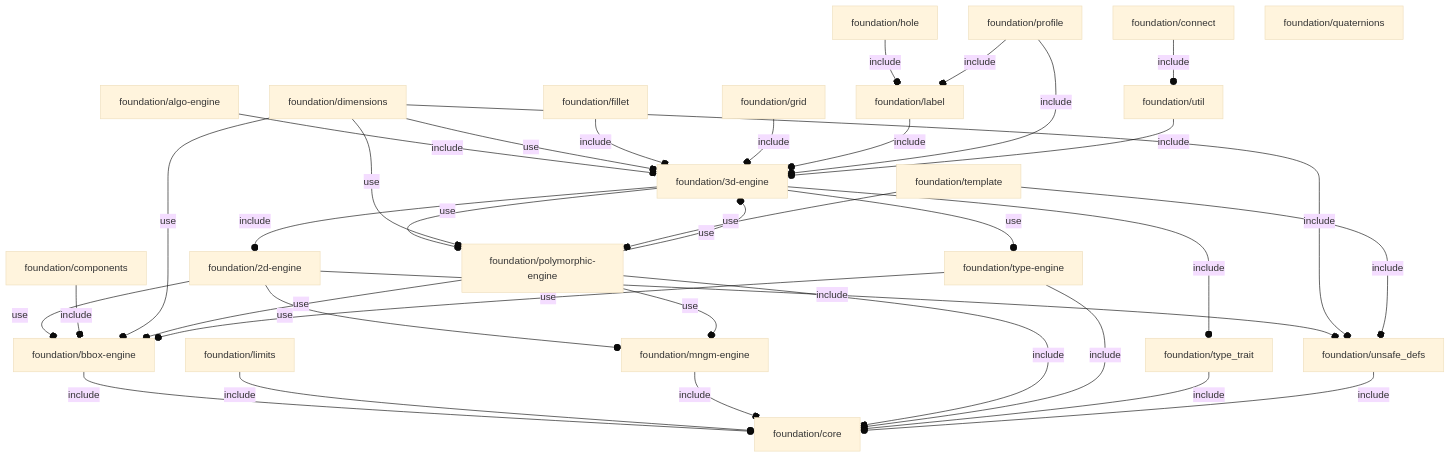
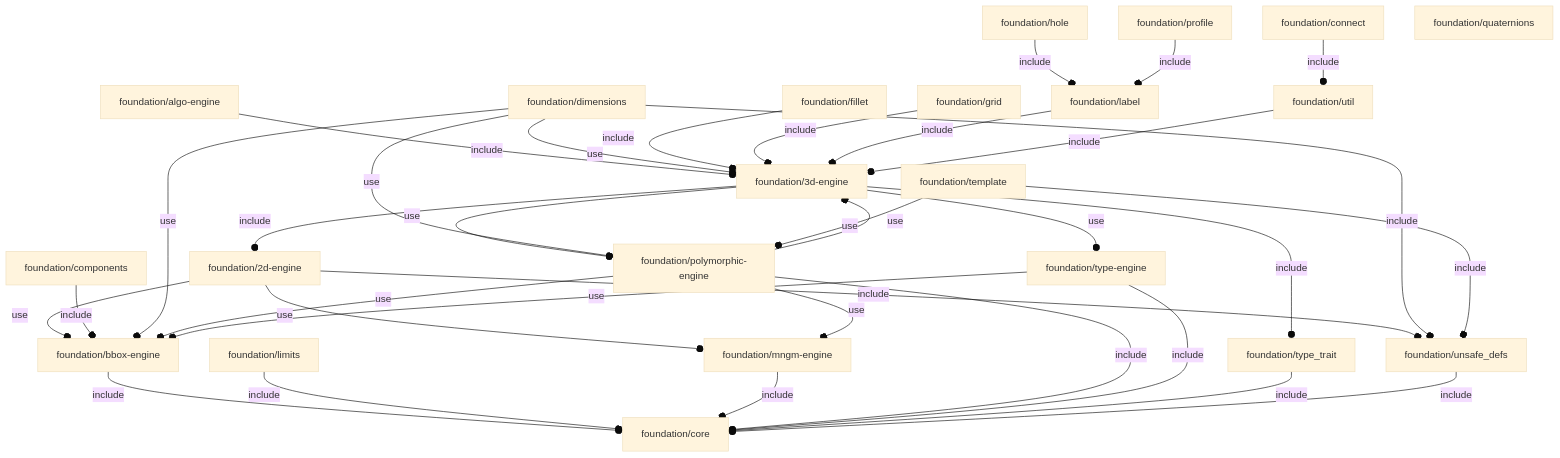
The diagram in orthodocs/foundation/deps.md (ggabbiani/OFL), drawn with Mermaid (base theme) before and after one commit. The commit also changed 8 other files, not shown here.

````diff
--- a/orthodocs/foundation/deps.md
+++ b/orthodocs/foundation/deps.md
@@ -3,39 +3,38 @@
 ```mermaid
 graph TD
     A1[foundation/2d-engine] --o|include| A2[foundation/unsafe_defs]
     A1 --o|use| A3[foundation/bbox-engine]
     A1 --o|use| A4[foundation/mngm-engine]
     A5[foundation/3d-engine] --o|include| A1
     A5 --o|include| A6[foundation/type_trait]
     A5 --o|use| A7[foundation/polymorphic-engine]
     A5 --o|use| A8[foundation/type-engine]
     A9[foundation/algo-engine] --o|include| A5
     A3 --o|include| A10[foundation/core]
     A11[foundation/components] --o|include| A3
     A12[foundation/connect] --o|include| A13[foundation/util]
     A10
     A14[foundation/dimensions] --o|include| A2
     A14 --o|use| A5
     A14 --o|use| A3
     A14 --o|use| A7
     A15[foundation/fillet] --o|include| A5
     A16[foundation/grid] --o|include| A5
     A17[foundation/hole] --o|include| A18[foundation/label]
     A18 --o|include| A5
     A19[foundation/limits] --o|include| A10
     A4 --o|include| A10
     A7 --o|include| A10
     A7 --o|use| A5
     A7 --o|use| A3
     A7 --o|use| A4
-    A20[foundation/profile] --o|include| A5
-    A20 --o|include| A18
+    A20[foundation/profile] --o|include| A18
     A21[foundation/quaternions]
     A22[foundation/template] --o|include| A2
     A22 --o|use| A7
     A8 --o|include| A10
     A8 --o|use| A3
     A6 --o|include| A10
     A2 --o|include| A10
     A13 --o|include| A5
 ```
````
